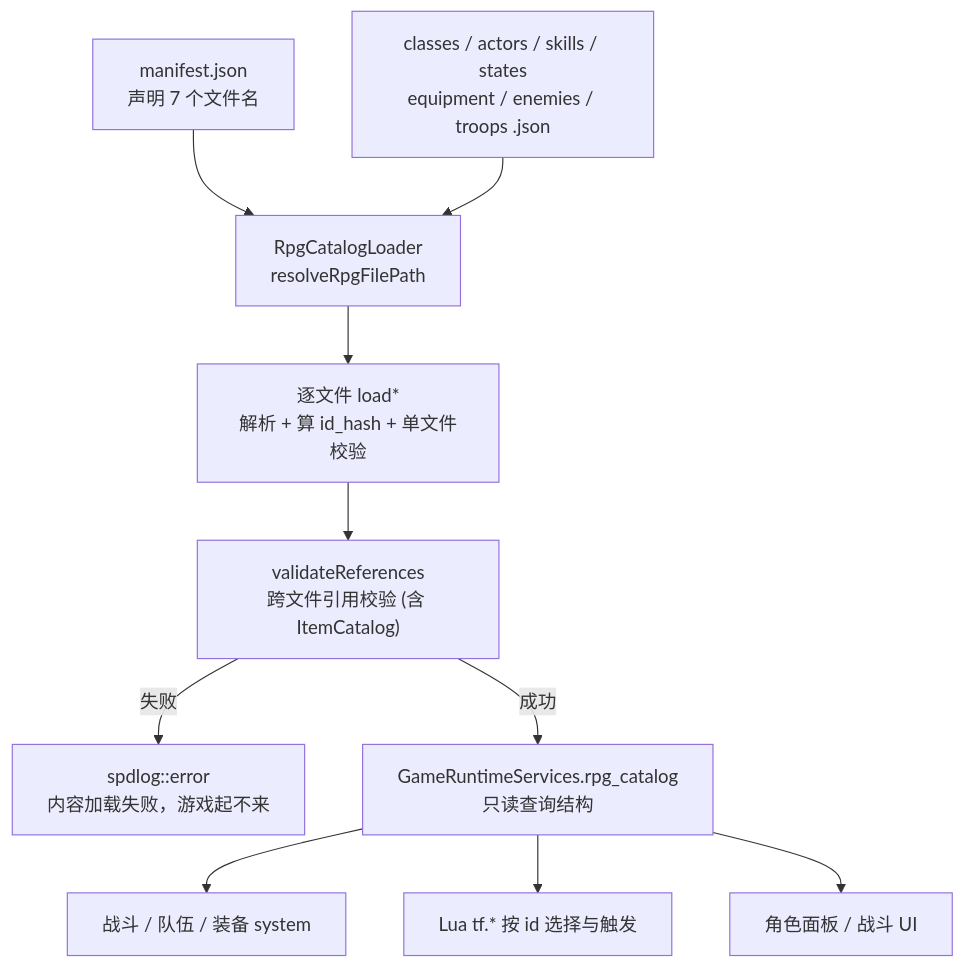
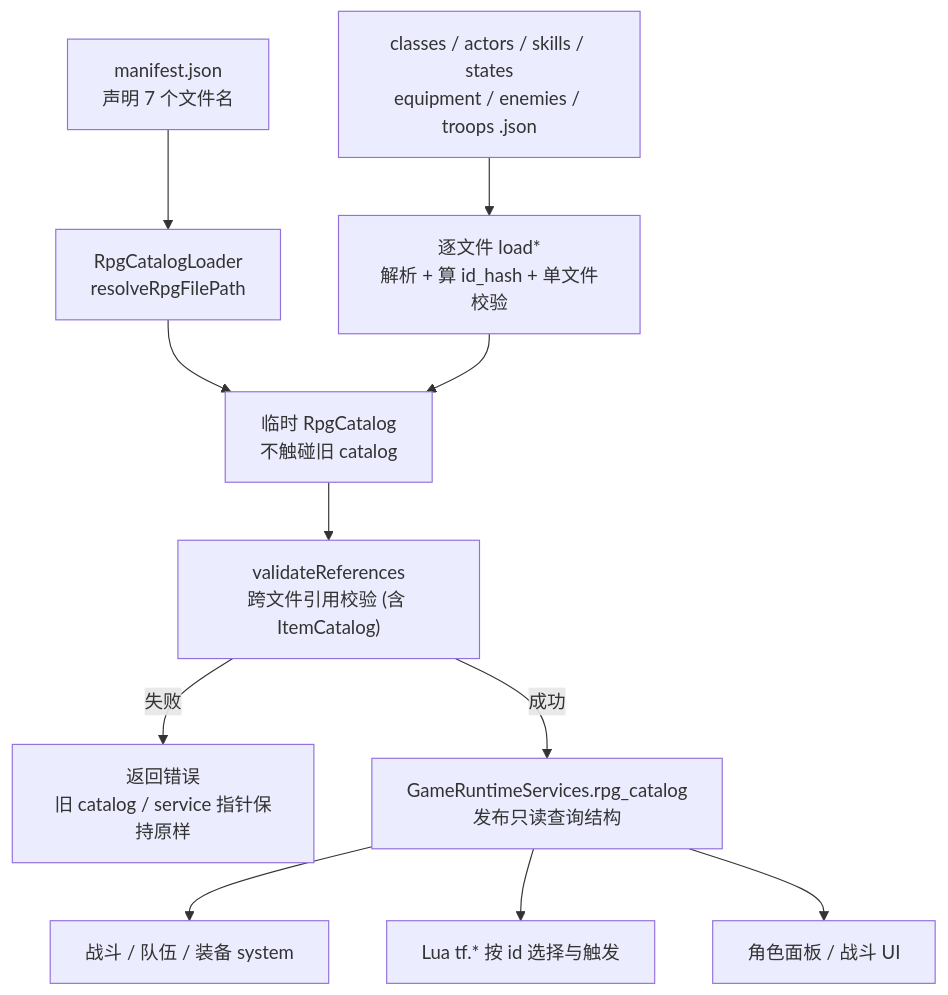
Before and after one commit to WispSnow/TinyFarmRPG: the first of 5 diagrams in lecture_plans/lectures/09-数据目录与RPG-Catalog.md, drawn with Mermaid. The commit also changed other lines of this file and 20 other files, not shown here.

````diff
--- a/lecture_plans/lectures/09-数据目录与RPG-Catalog.md
+++ b/lecture_plans/lectures/09-数据目录与RPG-Catalog.md
@@ -64,12 +65,13 @@
 ```mermaid
 flowchart TD
     MANIFEST["manifest.json<br/>声明 7 个文件名"] --> LOADER["RpgCatalogLoader<br/>resolveRpgFilePath"]
-    JSON["classes / actors / skills / states<br/>equipment / enemies / troops .json"] --> LOADER
-    LOADER --> PARSE["逐文件 load*<br/>解析 + 算 id_hash + 单文件校验"]
-    PARSE --> VALIDATE["validateReferences<br/>跨文件引用校验 (含 ItemCatalog)"]
-    VALIDATE -- "失败" --> ABORT["spdlog::error<br/>内容加载失败，游戏起不来"]
-    VALIDATE -- "成功" --> SERVICES["GameRuntimeServices.rpg_catalog<br/>只读查询结构"]
+    JSON["classes / actors / skills / states<br/>equipment / enemies / troops .json"] --> PARSE["逐文件 load*<br/>解析 + 算 id_hash + 单文件校验"]
+    LOADER --> TEMP["临时 RpgCatalog<br/>不触碰旧 catalog"]
+    PARSE --> TEMP
+    TEMP --> VALIDATE["validateReferences<br/>跨文件引用校验 (含 ItemCatalog)"]
+    VALIDATE -- "失败" --> ABORT["返回错误<br/>旧 catalog / service 指针保持原样"]
+    VALIDATE -- "成功" --> SERVICES["GameRuntimeServices.rpg_catalog<br/>发布只读查询结构"]
     SERVICES --> BATTLE["战斗 / 队伍 / 装备 system"]
     SERVICES --> LUA["Lua tf.* 按 id 选择与触发"]
     SERVICES --> UI["角色面板 / 战斗 UI"]
 ```
````
